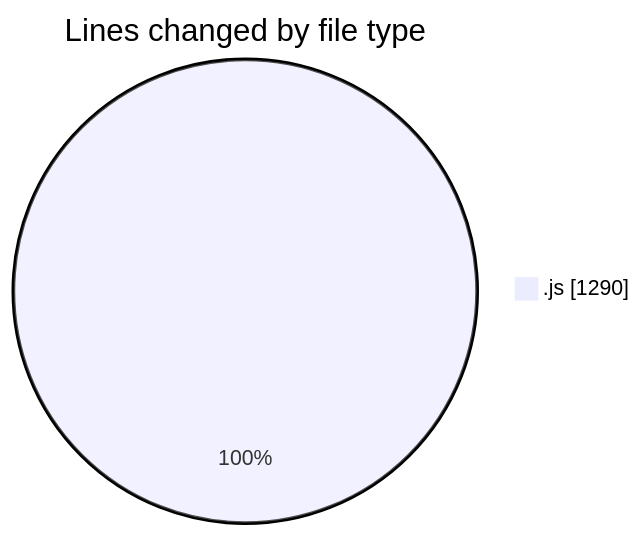
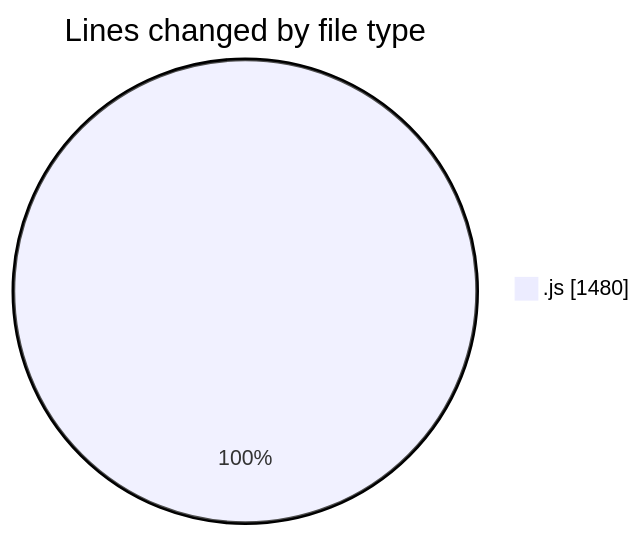
One commit to lephambinh05/code-tracking changed the first of 2 diagrams in 2025-09-07/keynode1/README.md. Above: the diagram before and after it, drawn with Mermaid. The commit also changed other lines of this file and 1 other file, not shown here.

````diff
--- a/2025-09-07/keynode1/README.md
+++ b/2025-09-07/keynode1/README.md
@@ -20,5 +20,5 @@
 ```mermaid
 pie showData
 title Lines changed by file type
-".js" : 1290
+".js" : 1480
 ```
````
